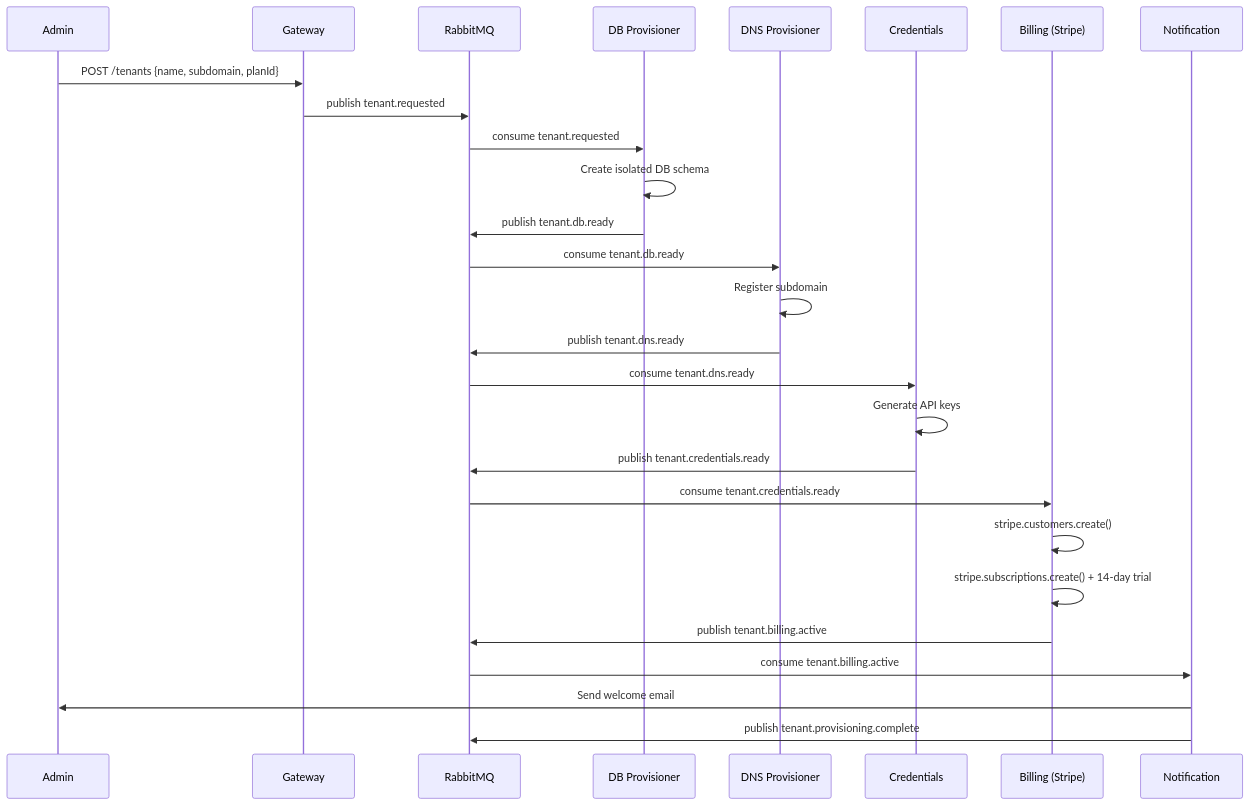
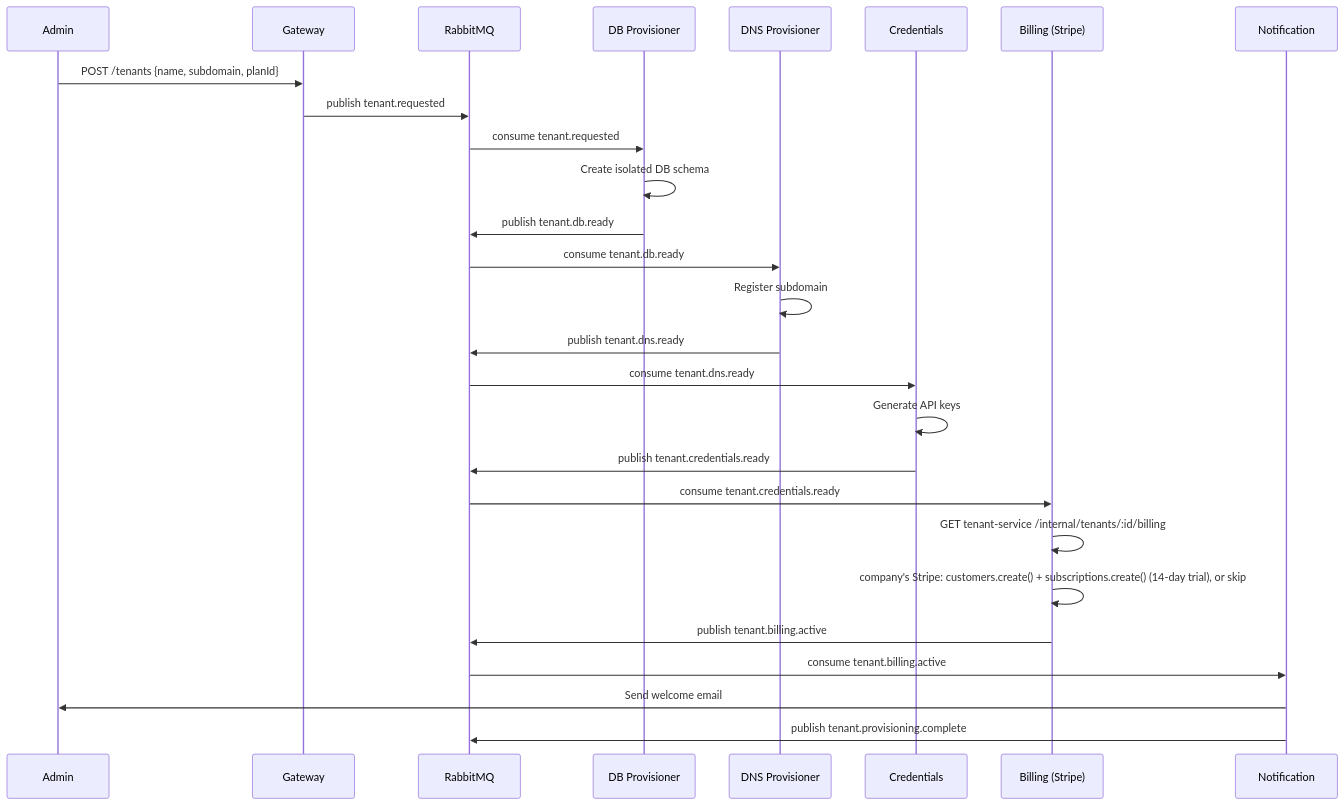
The second of 3 diagrams in README.md (Olayanju-1234/liftoff), drawn with Mermaid before and after one commit. The commit also changed other lines of this file and 33 other files, not shown here.

First line of the commit message:
feat(billing): subscribe tenants in the company's own Stripe, SKIPPED when not connected

````diff
--- a/README.md
+++ b/README.md
@@ -112,35 +112,35 @@
 ```mermaid
 sequenceDiagram
     participant Admin
     participant Gateway
     participant RabbitMQ
     participant DB as DB Provisioner
     participant DNS as DNS Provisioner
     participant Creds as Credentials
     participant Billing as Billing (Stripe)
     participant Notify as Notification
 
     Admin->>Gateway: POST /tenants {name, subdomain, planId}
     Gateway->>RabbitMQ: publish tenant.requested
 
     RabbitMQ->>DB: consume tenant.requested
     DB->>DB: Create isolated DB schema
     DB->>RabbitMQ: publish tenant.db.ready
 
     RabbitMQ->>DNS: consume tenant.db.ready
     DNS->>DNS: Register subdomain
     DNS->>RabbitMQ: publish tenant.dns.ready
 
     RabbitMQ->>Creds: consume tenant.dns.ready
     Creds->>Creds: Generate API keys
     Creds->>RabbitMQ: publish tenant.credentials.ready
 
     RabbitMQ->>Billing: consume tenant.credentials.ready
-    Billing->>Billing: stripe.customers.create()
-    Billing->>Billing: stripe.subscriptions.create() + 14-day trial
+    Billing->>Billing: GET tenant-service /internal/tenants/:id/billing
+    Billing->>Billing: company's Stripe: customers.create() + subscriptions.create() (14-day trial), or skip
     Billing->>RabbitMQ: publish tenant.billing.active
 
     RabbitMQ->>Notify: consume tenant.billing.active
     Notify->>Admin: Send welcome email
     Notify->>RabbitMQ: publish tenant.provisioning.complete
 ```
````
